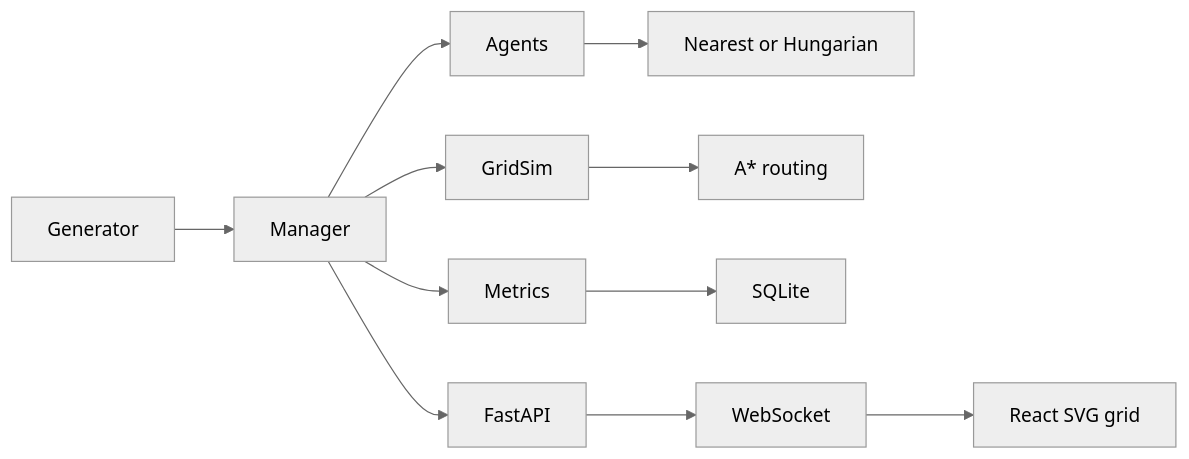
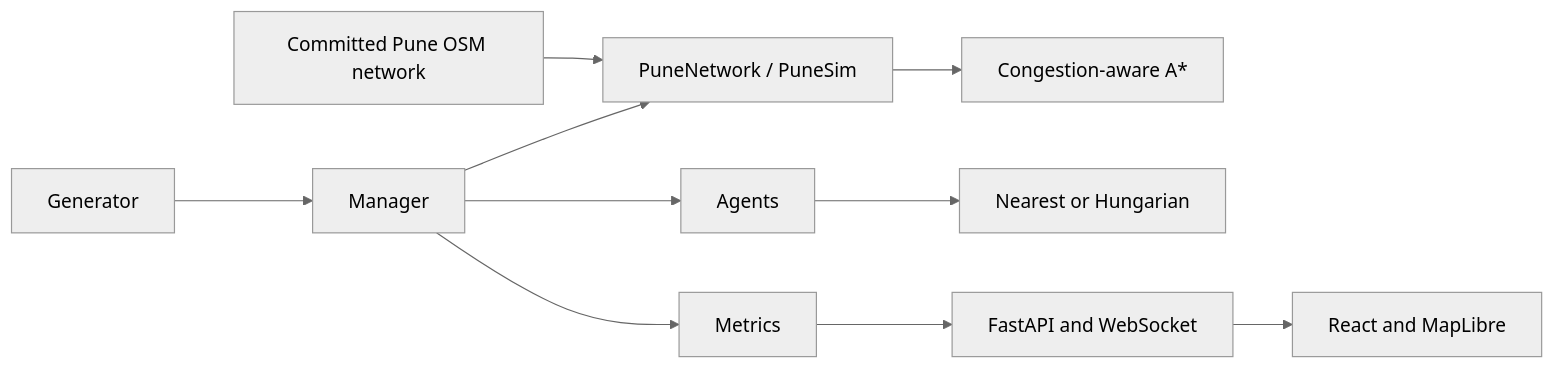
Before and after one commit to om-bagade2007/Multi-Agent_EDI: the diagram in README.md, drawn with Mermaid (neutral theme). The commit also changed other lines of this file and 62 other files, not shown here.

````diff
--- a/README.md
+++ b/README.md
@@ -107,8 +93,9 @@
 ```mermaid
 flowchart LR
-  Generator --> Manager --> GridSim
+  OSM[Committed Pune OSM network] --> Pune[PuneNetwork / PuneSim]
+  Generator --> Manager --> Pune
   Manager --> Agents --> Dispatch[Nearest or Hungarian]
-  GridSim --> Routes[A* routing]
-  Manager --> Metrics --> SQLite
-  Manager --> FastAPI --> WebSocket --> Dashboard[React SVG grid]
+  Pune --> Routes[Congestion-aware A*]
+  Manager --> Metrics --> API[FastAPI and WebSocket]
+  API --> Dashboard[React and MapLibre]
 ```
````
